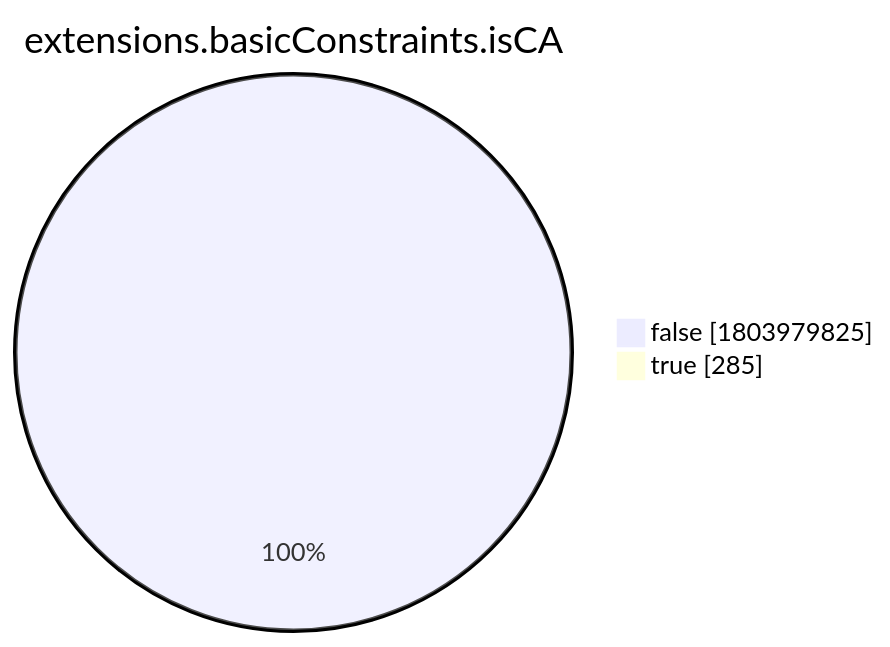
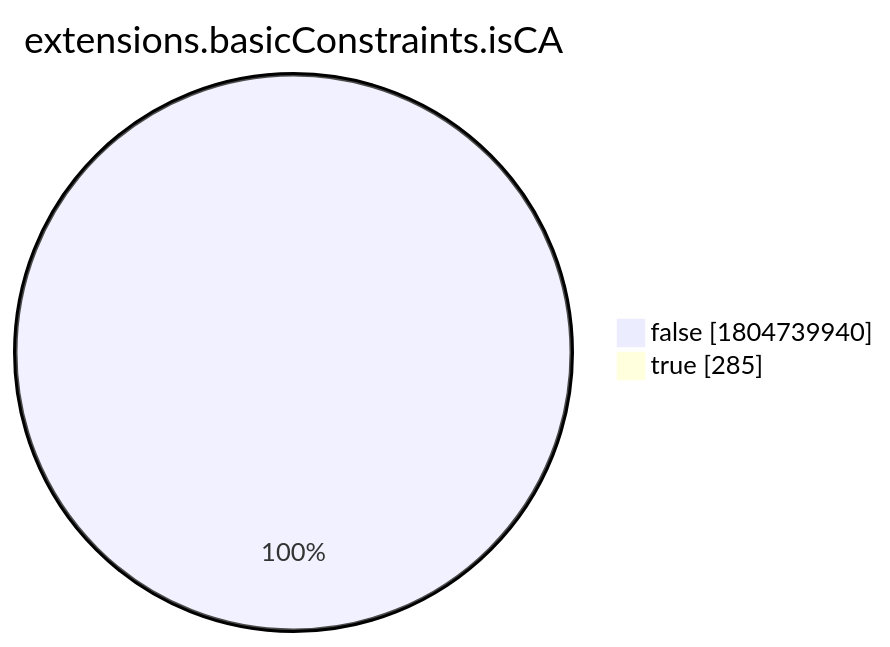
One commit to christiankrug/ctmonitor_visualization changed the eighth of 15 diagrams in xenon2022/README.md. Above: the diagram before and after it, drawn with Mermaid. The commit also changed other lines of this file, not shown here.

````diff
--- a/xenon2022/README.md
+++ b/xenon2022/README.md
@@ -2868,6 +2868,6 @@
 ```mermaid
 pie showData
 title extensions.basicConstraints.isCA
-"false" :1803979825
+"false" :1804739940
 "true" :285
 ```
````
